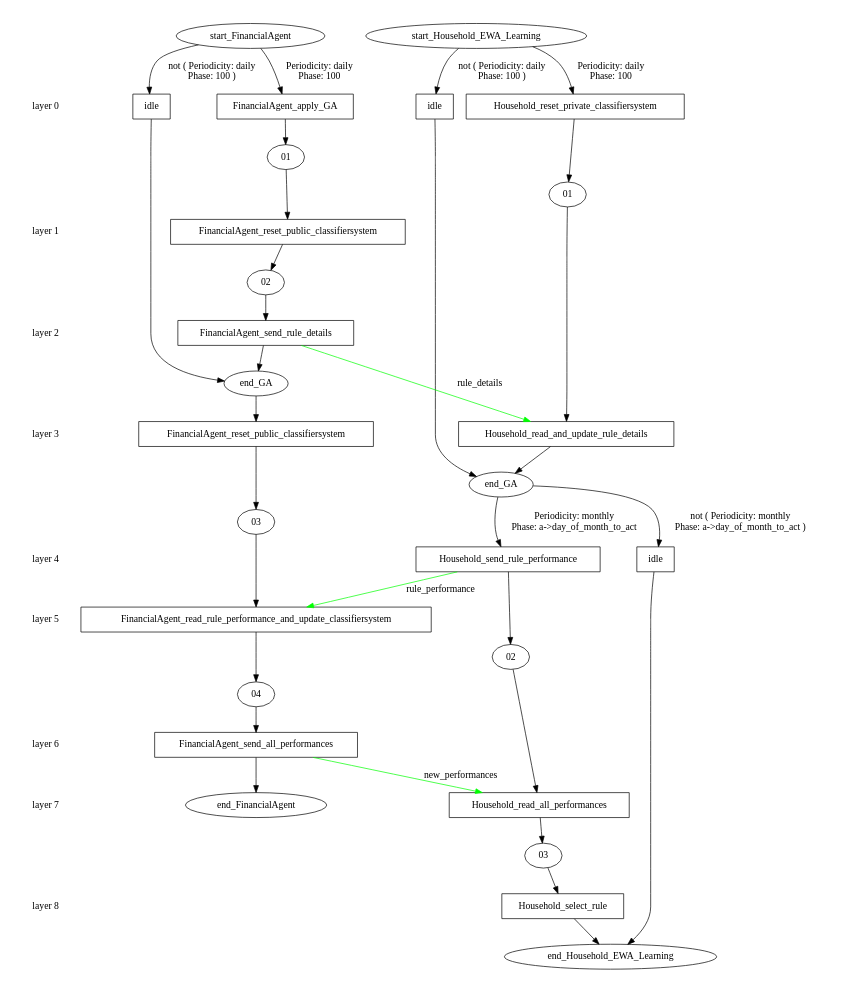
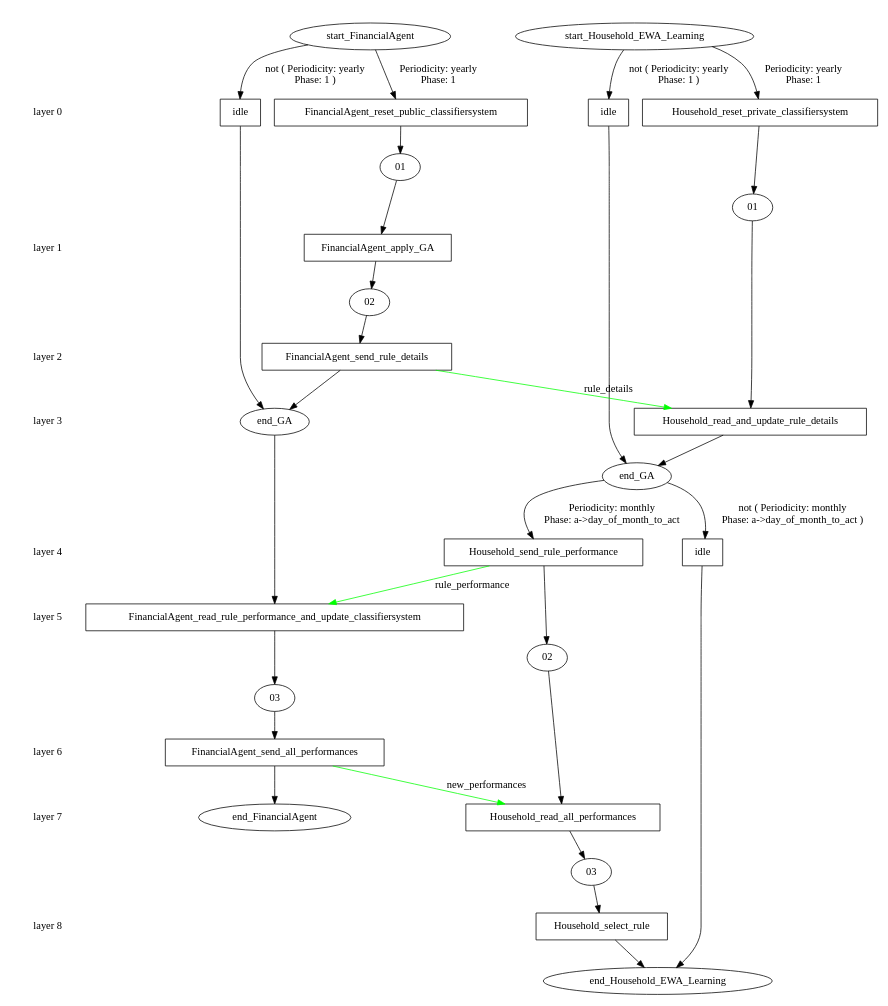
Before and after one commit to ETACE/EURACE: the diagram in models/AFM/afm_branches/initial/ewa_learning/stategraph.dot, drawn with Graphviz. The commit also changed 13 other files, not shown here.

```diff
--- a/models/AFM/afm_branches/initial/ewa_learning/stategraph.dot
+++ b/models/AFM/afm_branches/initial/ewa_learning/stategraph.dot
@@ -1,94 +1,90 @@
 digraph state_graph {
 	rankdir=TB;
 	size="8,5;"
 	layer_0 [shape=plaintext, label="layer 0"];
 	layer_1 [shape=plaintext, label="layer 1"];
 	layer_0 -> layer_1 [style=invis];
 	layer_2 [shape=plaintext, label="layer 2"];
 	layer_1 -> layer_2 [style=invis];
 	layer_3 [shape=plaintext, label="layer 3"];
 	layer_2 -> layer_3 [style=invis];
 	layer_4 [shape=plaintext, label="layer 4"];
 	layer_3 -> layer_4 [style=invis];
 	layer_5 [shape=plaintext, label="layer 5"];
 	layer_4 -> layer_5 [style=invis];
 	layer_6 [shape=plaintext, label="layer 6"];
 	layer_5 -> layer_6 [style=invis];
 	layer_7 [shape=plaintext, label="layer 7"];
 	layer_6 -> layer_7 [style=invis];
 	layer_8 [shape=plaintext, label="layer 8"];
 	layer_7 -> layer_8 [style=invis];
 	
 	/* States */
 	Household_03 [label = "03"]
 	Household_02 [label = "02"]
 	Household_end_Household_EWA_Learning [label = "end_Household_EWA_Learning"]
 	Household_01 [label = "01"]
 	Household_end_GA [label = "end_GA"]
 	Household_start_Household_EWA_Learning [label = "start_Household_EWA_Learning"]
 	FinancialAgent_end_FinancialAgent [label = "end_FinancialAgent"]
-	FinancialAgent_04 [label = "04"]
 	FinancialAgent_03 [label = "03"]
 	FinancialAgent_02 [label = "02"]
 	FinancialAgent_01 [label = "01"]
 	FinancialAgent_end_GA [label = "end_GA"]
 	FinancialAgent_start_FinancialAgent [label = "start_FinancialAgent"]
 	Household_idle_start_Household_EWA_Learning_end_GA [label = "idle", shape = rect]
 	Household_Household_reset_private_classifiersystem_start_Household_EWA_Learning_01 [label = "Household_reset_private_classifiersystem", shape = rect]
 	Household_Household_read_and_update_rule_details_01_end_GA [label = "Household_read_and_update_rule_details", shape = rect]
 	Household_idle_end_GA_end_Household_EWA_Learning [label = "idle", shape = rect]
 	Household_Household_send_rule_performance_end_GA_02 [label = "Household_send_rule_performance", shape = rect]
 	Household_Household_read_all_performances_02_03 [label = "Household_read_all_performances", shape = rect]
 	Household_Household_select_rule_03_end_Household_EWA_Learning [label = "Household_select_rule", shape = rect]
 	FinancialAgent_idle_start_FinancialAgent_end_GA [label = "idle", shape = rect]
-	FinancialAgent_FinancialAgent_apply_GA_start_FinancialAgent_01 [label = "FinancialAgent_apply_GA", shape = rect]
-	FinancialAgent_FinancialAgent_reset_public_classifiersystem_01_02 [label = "FinancialAgent_reset_public_classifiersystem", shape = rect]
+	FinancialAgent_FinancialAgent_reset_public_classifiersystem_start_FinancialAgent_01 [label = "FinancialAgent_reset_public_classifiersystem", shape = rect]
+	FinancialAgent_FinancialAgent_apply_GA_01_02 [label = "FinancialAgent_apply_GA", shape = rect]
 	FinancialAgent_FinancialAgent_send_rule_details_02_end_GA [label = "FinancialAgent_send_rule_details", shape = rect]
-	FinancialAgent_FinancialAgent_reset_public_classifiersystem_end_GA_03 [label = "FinancialAgent_reset_public_classifiersystem", shape = rect]
-	FinancialAgent_FinancialAgent_read_rule_performance_and_update_classifiersystem_03_04 [label = "FinancialAgent_read_rule_performance_and_update_classifiersystem", shape = rect]
-	FinancialAgent_FinancialAgent_send_all_performances_04_end_FinancialAgent [label = "FinancialAgent_send_all_performances", shape = rect]
+	FinancialAgent_FinancialAgent_read_rule_performance_and_update_classifiersystem_end_GA_03 [label = "FinancialAgent_read_rule_performance_and_update_classifiersystem", shape = rect]
+	FinancialAgent_FinancialAgent_send_all_performances_03_end_FinancialAgent [label = "FinancialAgent_send_all_performances", shape = rect]
 	
 	/* Transitions */
-	Household_start_Household_EWA_Learning -> Household_idle_start_Household_EWA_Learning_end_GA [ label = "not ( Periodicity: daily\nPhase: 100 )"];
+	Household_start_Household_EWA_Learning -> Household_idle_start_Household_EWA_Learning_end_GA [ label = "not ( Periodicity: yearly\nPhase: 1 )"];
 	Household_idle_start_Household_EWA_Learning_end_GA -> Household_end_GA;
-	Household_start_Household_EWA_Learning -> Household_Household_reset_private_classifiersystem_start_Household_EWA_Learning_01 [ label = "Periodicity: daily\nPhase: 100"];
+	Household_start_Household_EWA_Learning -> Household_Household_reset_private_classifiersystem_start_Household_EWA_Learning_01 [ label = "Periodicity: yearly\nPhase: 1"];
 	Household_Household_reset_private_classifiersystem_start_Household_EWA_Learning_01 -> Household_01;
 	Household_01 -> Household_Household_read_and_update_rule_details_01_end_GA;
 	Household_Household_read_and_update_rule_details_01_end_GA -> Household_end_GA;
 	Household_end_GA -> Household_idle_end_GA_end_Household_EWA_Learning [ label = "not ( Periodicity: monthly\nPhase: a->day_of_month_to_act )"];
 	Household_idle_end_GA_end_Household_EWA_Learning -> Household_end_Household_EWA_Learning;
 	Household_end_GA -> Household_Household_send_rule_performance_end_GA_02 [ label = "Periodicity: monthly\nPhase: a->day_of_month_to_act"];
 	Household_Household_send_rule_performance_end_GA_02 -> Household_02;
 	Household_02 -> Household_Household_read_all_performances_02_03;
 	Household_Household_read_all_performances_02_03 -> Household_03;
 	Household_03 -> Household_Household_select_rule_03_end_Household_EWA_Learning;
 	Household_Household_select_rule_03_end_Household_EWA_Learning -> Household_end_Household_EWA_Learning;
-	FinancialAgent_start_FinancialAgent -> FinancialAgent_idle_start_FinancialAgent_end_GA [ label = "not ( Periodicity: daily\nPhase: 100 )"];
+	FinancialAgent_start_FinancialAgent -> FinancialAgent_idle_start_FinancialAgent_end_GA [ label = "not ( Periodicity: yearly\nPhase: 1 )"];
 	FinancialAgent_idle_start_FinancialAgent_end_GA -> FinancialAgent_end_GA;
-	FinancialAgent_start_FinancialAgent -> FinancialAgent_FinancialAgent_apply_GA_start_FinancialAgent_01 [ label = "Periodicity: daily\nPhase: 100"];
-	FinancialAgent_FinancialAgent_apply_GA_start_FinancialAgent_01 -> FinancialAgent_01;
-	FinancialAgent_01 -> FinancialAgent_FinancialAgent_reset_public_classifiersystem_01_02;
-	FinancialAgent_FinancialAgent_reset_public_classifiersystem_01_02 -> FinancialAgent_02;
+	FinancialAgent_start_FinancialAgent -> FinancialAgent_FinancialAgent_reset_public_classifiersystem_start_FinancialAgent_01 [ label = "Periodicity: yearly\nPhase: 1"];
+	FinancialAgent_FinancialAgent_reset_public_classifiersystem_start_FinancialAgent_01 -> FinancialAgent_01;
+	FinancialAgent_01 -> FinancialAgent_FinancialAgent_apply_GA_01_02;
+	FinancialAgent_FinancialAgent_apply_GA_01_02 -> FinancialAgent_02;
 	FinancialAgent_02 -> FinancialAgent_FinancialAgent_send_rule_details_02_end_GA;
 	FinancialAgent_FinancialAgent_send_rule_details_02_end_GA -> FinancialAgent_end_GA;
-	FinancialAgent_end_GA -> FinancialAgent_FinancialAgent_reset_public_classifiersystem_end_GA_03;
-	FinancialAgent_FinancialAgent_reset_public_classifiersystem_end_GA_03 -> FinancialAgent_03;
-	FinancialAgent_03 -> FinancialAgent_FinancialAgent_read_rule_performance_and_update_classifiersystem_03_04;
-	FinancialAgent_FinancialAgent_read_rule_performance_and_update_classifiersystem_03_04 -> FinancialAgent_04;
-	FinancialAgent_04 -> FinancialAgent_FinancialAgent_send_all_performances_04_end_FinancialAgent;
-	FinancialAgent_FinancialAgent_send_all_performances_04_end_FinancialAgent -> FinancialAgent_end_FinancialAgent;
+	FinancialAgent_end_GA -> FinancialAgent_FinancialAgent_read_rule_performance_and_update_classifiersystem_end_GA_03;
+	FinancialAgent_FinancialAgent_read_rule_performance_and_update_classifiersystem_end_GA_03 -> FinancialAgent_03;
+	FinancialAgent_03 -> FinancialAgent_FinancialAgent_send_all_performances_03_end_FinancialAgent;
+	FinancialAgent_FinancialAgent_send_all_performances_03_end_FinancialAgent -> FinancialAgent_end_FinancialAgent;
 	
 	/* Communications */
-	Household_Household_send_rule_performance_end_GA_02 -> FinancialAgent_FinancialAgent_read_rule_performance_and_update_classifiersystem_03_04 [ label = "rule_performance" color="#00ff00" constraint=false];
-	FinancialAgent_FinancialAgent_send_all_performances_04_end_FinancialAgent -> Household_Household_read_all_performances_02_03 [ label = "new_performances" color="#00ff00" constraint=false];
+	Household_Household_send_rule_performance_end_GA_02 -> FinancialAgent_FinancialAgent_read_rule_performance_and_update_classifiersystem_end_GA_03 [ label = "rule_performance" color="#00ff00" constraint=false];
+	FinancialAgent_FinancialAgent_send_all_performances_03_end_FinancialAgent -> Household_Household_read_all_performances_02_03 [ label = "new_performances" color="#00ff00" constraint=false];
 	FinancialAgent_FinancialAgent_send_rule_details_02_end_GA -> Household_Household_read_and_update_rule_details_01_end_GA [ label = "rule_details" color="#00ff00" constraint=false];
-	{ rank=same; layer_0;  Household_idle_start_Household_EWA_Learning_end_GA;  Household_Household_reset_private_classifiersystem_start_Household_EWA_Learning_01;  FinancialAgent_idle_start_FinancialAgent_end_GA;  FinancialAgent_FinancialAgent_apply_GA_start_FinancialAgent_01; }
-	{ rank=same; layer_1;  FinancialAgent_FinancialAgent_reset_public_classifiersystem_01_02; }
+	{ rank=same; layer_0;  Household_idle_start_Household_EWA_Learning_end_GA;  Household_Household_reset_private_classifiersystem_start_Household_EWA_Learning_01;  FinancialAgent_idle_start_FinancialAgent_end_GA;  FinancialAgent_FinancialAgent_reset_public_classifiersystem_start_FinancialAgent_01; }
+	{ rank=same; layer_1;  FinancialAgent_FinancialAgent_apply_GA_01_02; }
 	{ rank=same; layer_2;  FinancialAgent_FinancialAgent_send_rule_details_02_end_GA; }
-	{ rank=same; layer_3;  Household_Household_read_and_update_rule_details_01_end_GA;  FinancialAgent_FinancialAgent_reset_public_classifiersystem_end_GA_03; }
+	{ rank=same; layer_3;  Household_Household_read_and_update_rule_details_01_end_GA; }
 	{ rank=same; layer_4;  Household_idle_end_GA_end_Household_EWA_Learning;  Household_Household_send_rule_performance_end_GA_02; }
-	{ rank=same; layer_5;  FinancialAgent_FinancialAgent_read_rule_performance_and_update_classifiersystem_03_04; }
-	{ rank=same; layer_6;  FinancialAgent_FinancialAgent_send_all_performances_04_end_FinancialAgent; }
+	{ rank=same; layer_5;  FinancialAgent_FinancialAgent_read_rule_performance_and_update_classifiersystem_end_GA_03; }
+	{ rank=same; layer_6;  FinancialAgent_FinancialAgent_send_all_performances_03_end_FinancialAgent; }
 	{ rank=same; layer_7;  Household_Household_read_all_performances_02_03; }
 	{ rank=same; layer_8;  Household_Household_select_rule_03_end_Household_EWA_Learning; }
 }
```
